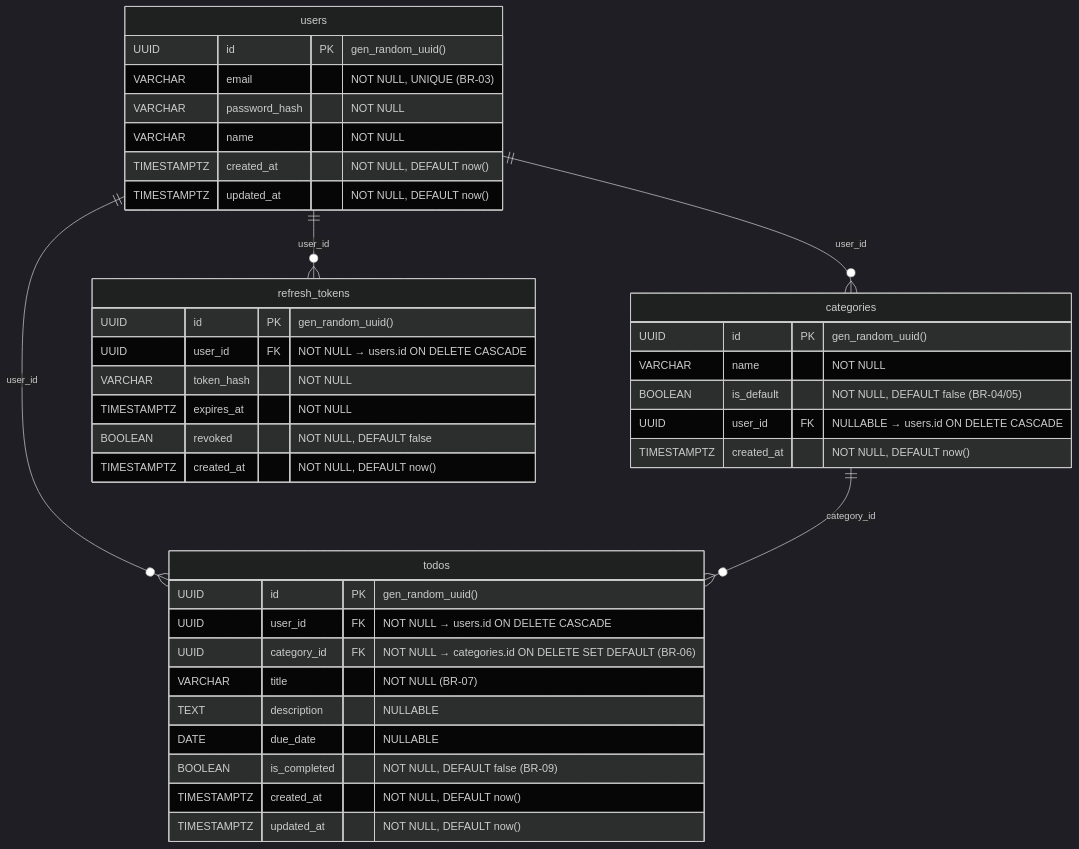
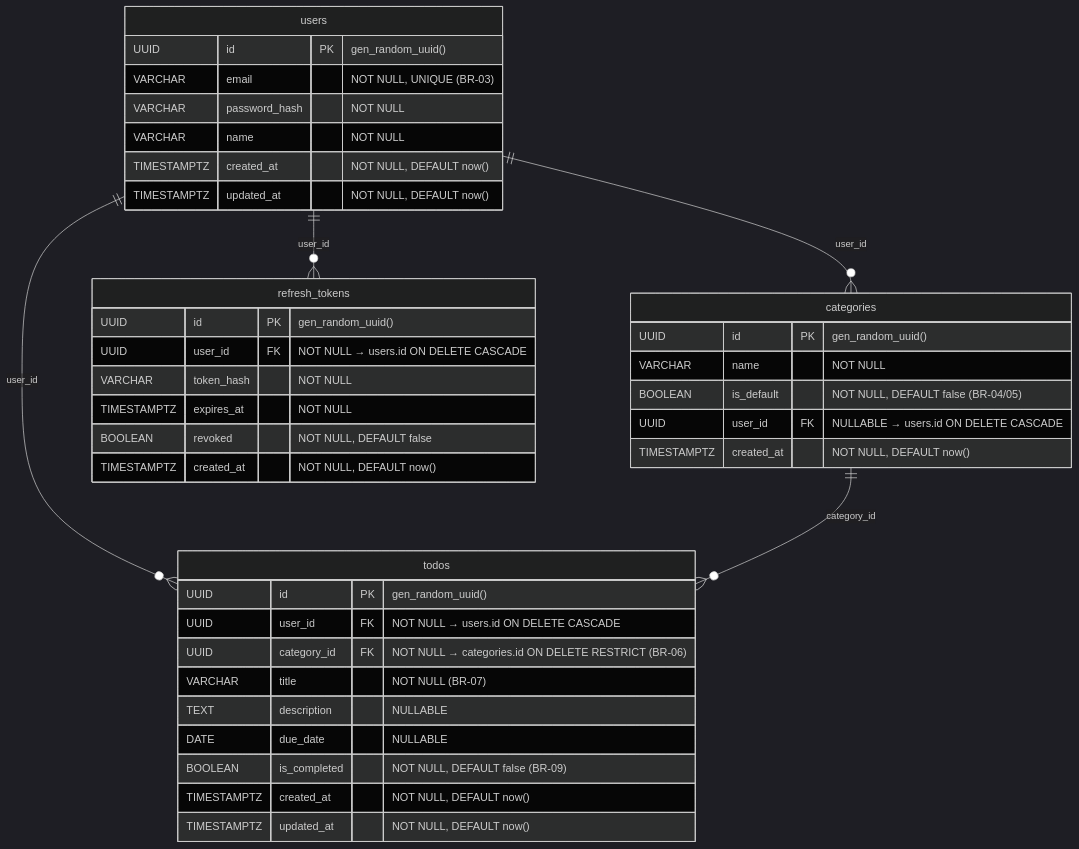
The diagram in docs/6-erd.md (1472kimhj-byte/todolist-app), drawn with Mermaid (dark theme) before and after one commit. The commit also changed other lines of this file and 170 other files, not shown here.

````diff
--- a/docs/6-erd.md
+++ b/docs/6-erd.md
@@ -17,45 +18,45 @@
 ```mermaid
 erDiagram
     users {
         UUID id PK "gen_random_uuid()"
         VARCHAR email "NOT NULL, UNIQUE (BR-03)"
         VARCHAR password_hash "NOT NULL"
         VARCHAR name "NOT NULL"
         TIMESTAMPTZ created_at "NOT NULL, DEFAULT now()"
         TIMESTAMPTZ updated_at "NOT NULL, DEFAULT now()"
     }
 
     categories {
         UUID id PK "gen_random_uuid()"
         VARCHAR name "NOT NULL"
         BOOLEAN is_default "NOT NULL, DEFAULT false (BR-04/05)"
         UUID user_id FK "NULLABLE → users.id ON DELETE CASCADE"
         TIMESTAMPTZ created_at "NOT NULL, DEFAULT now()"
     }
 
     todos {
         UUID id PK "gen_random_uuid()"
         UUID user_id FK "NOT NULL → users.id ON DELETE CASCADE"
-        UUID category_id FK "NOT NULL → categories.id ON DELETE SET DEFAULT (BR-06)"
+        UUID category_id FK "NOT NULL → categories.id ON DELETE RESTRICT (BR-06)"
         VARCHAR title "NOT NULL (BR-07)"
         TEXT description "NULLABLE"
         DATE due_date "NULLABLE"
         BOOLEAN is_completed "NOT NULL, DEFAULT false (BR-09)"
         TIMESTAMPTZ created_at "NOT NULL, DEFAULT now()"
         TIMESTAMPTZ updated_at "NOT NULL, DEFAULT now()"
     }
 
     refresh_tokens {
         UUID id PK "gen_random_uuid()"
         UUID user_id FK "NOT NULL → users.id ON DELETE CASCADE"
         VARCHAR token_hash "NOT NULL"
         TIMESTAMPTZ expires_at "NOT NULL"
         BOOLEAN revoked "NOT NULL, DEFAULT false"
         TIMESTAMPTZ created_at "NOT NULL, DEFAULT now()"
     }
 
     users ||--o{ todos : "user_id"
     users ||--o{ categories : "user_id"
     users ||--o{ refresh_tokens : "user_id"
     categories ||--o{ todos : "category_id"
 ```
````
